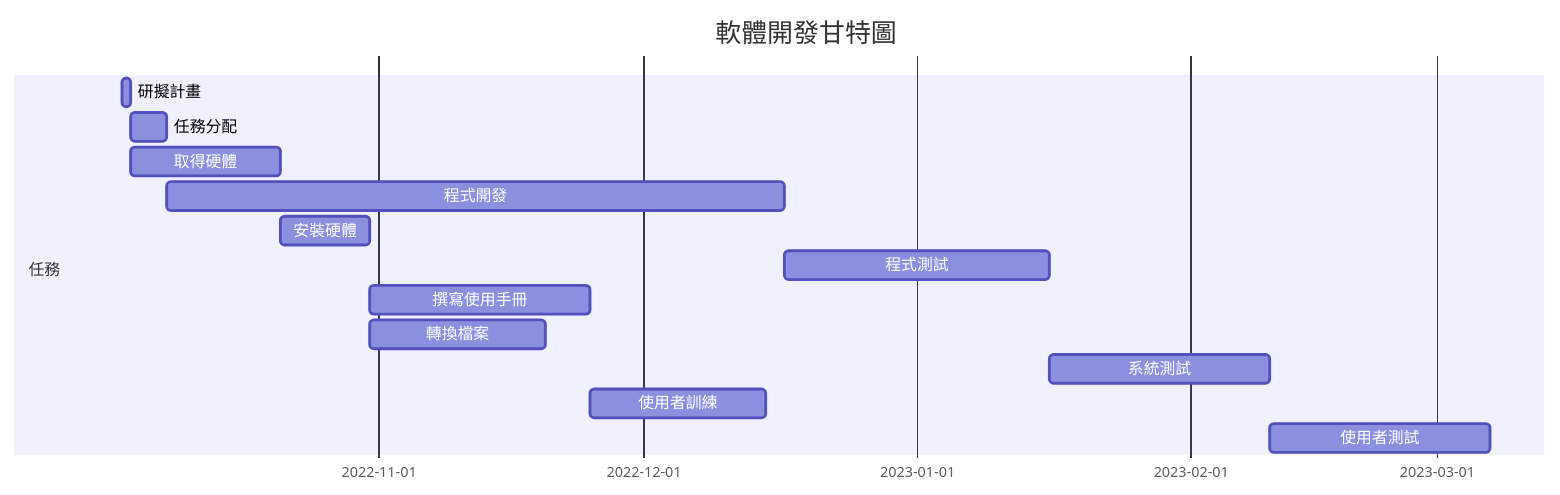
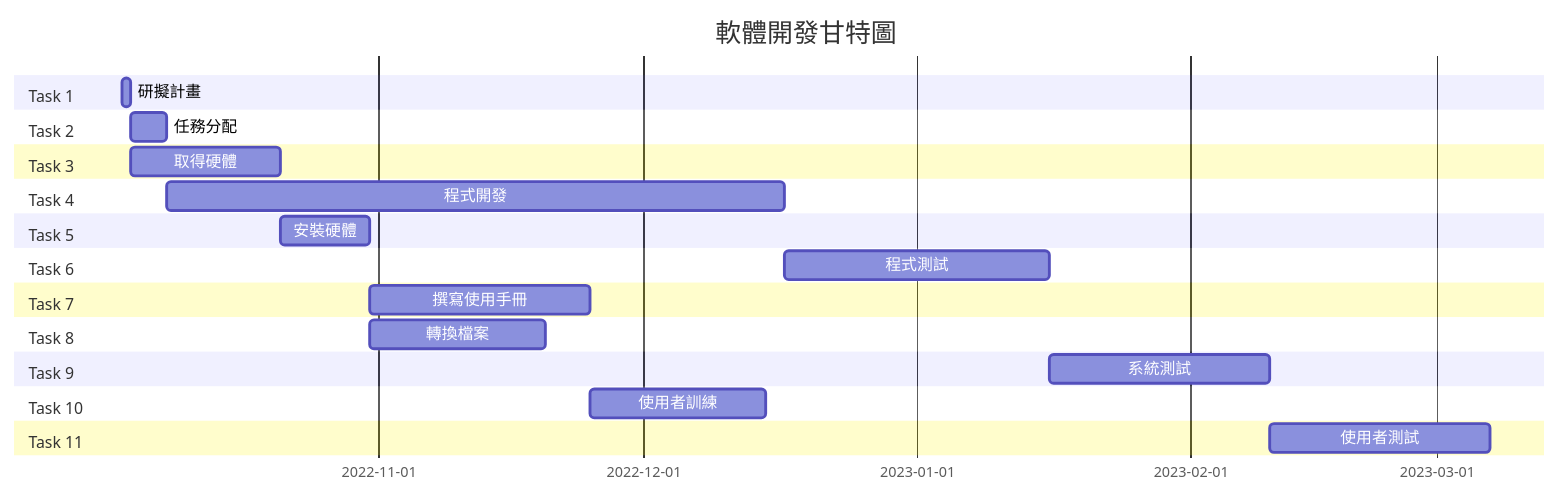
The diagram in hw2.md (Sxiangyu/2022-3a), drawn with Mermaid before and after one commit.

````diff
--- a/hw2.md
+++ b/hw2.md
@@ -7,17 +7,27 @@
 ```mermaid
 gantt
     title 軟體開發甘特圖
     
-    section 任務
+    section Task 1
     研擬計畫:a1, 2022-10-03,1d
+    section Task 2
     任務分配:a2, after a1,4d
+    section Task 3
     取得硬體:a3, after a1,17d
+    section Task 4
     程式開發:a4, after a2,70d
+    section Task 5
     安裝硬體:a5, after a3,10d
+    section Task 6
     程式測試:a6, after a4,30d
+    section Task 7
     撰寫使用手冊:a7, after a5,25d
+    section Task 8
     轉換檔案:a8, after a5,20d
+    section Task 9
     系統測試:a9, after a6,25d
+    section Task 10
     使用者訓練:a10, after a7 a8,20d
+    section Task 11
     使用者測試:a11, after a9 a10,25d
 ```
````
